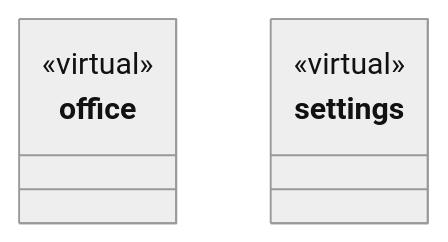
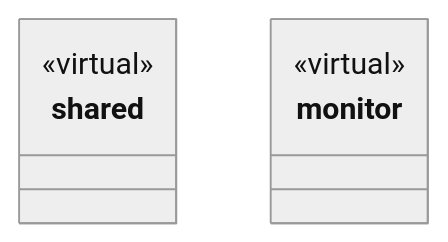
Before and after one commit to nan023062/cbim: the second of 2 diagrams in src/view/ARCHITECTURE.md, drawn with Mermaid (neutral theme). The commit also changed other lines of this file and 113 other files, not shown here.

````diff
--- a/src/view/ARCHITECTURE.md
+++ b/src/view/ARCHITECTURE.md
@@ -66,11 +62,11 @@
 ```mermaid
 classDiagram
-class N_feddf7accad7["office"] {
+class N_487081ac23f6["shared"] {
   <<virtual>>
 }
-click N_feddf7accad7 href "office/ARCHITECTURE.md"
-class N_548175957adf["settings"] {
+click N_487081ac23f6 href "shared/ARCHITECTURE.md"
+class N_9ab62842ff13["monitor"] {
   <<virtual>>
 }
-click N_548175957adf href "settings/ARCHITECTURE.md"
+click N_9ab62842ff13 href "monitor/ARCHITECTURE.md"
 ```
````
